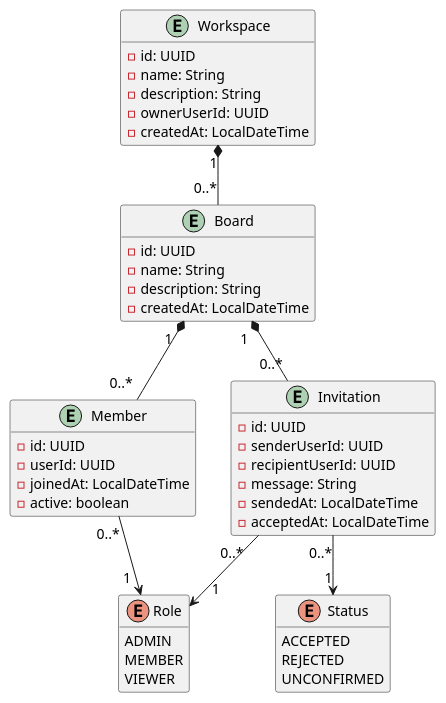
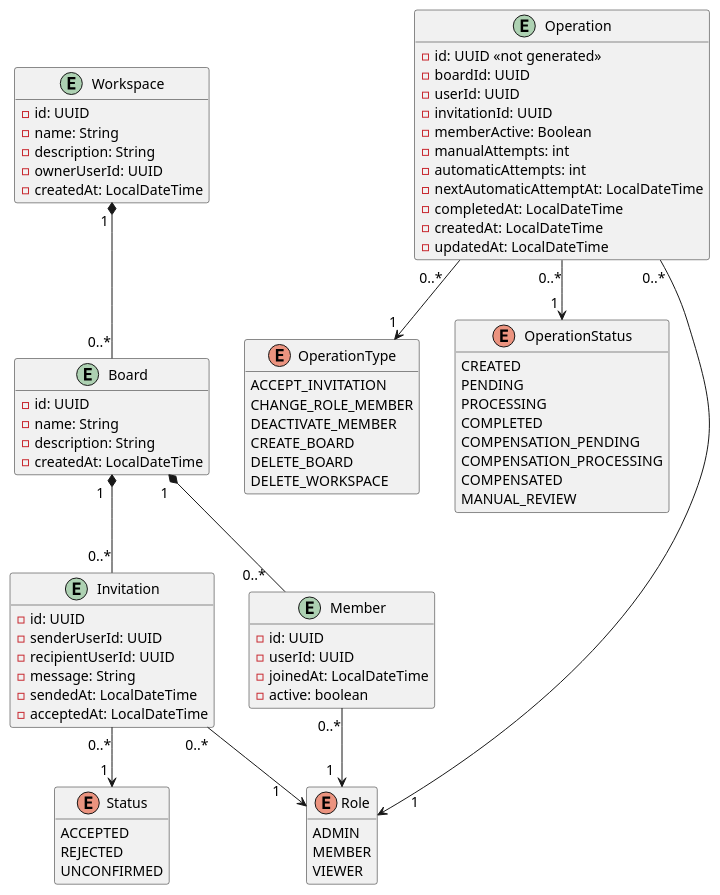
Before and after one commit to ArmandoEnrique1010K/TrelloMicroservices: the diagram in assets/Project_diagram.puml, drawn with PlantUML. The commit also changed 4 other files, not shown here.

```diff
--- a/assets/Project_diagram.puml
+++ b/assets/Project_diagram.puml
@@ -1,55 +1,96 @@
 @startuml Project
 hide methods
 skinparam ArrowFontSize 14
 
 entity Workspace {
     - id: UUID
     - name: String
     - description: String
     - ownerUserId: UUID
     - createdAt: LocalDateTime
 }
 
 entity Board {
     - id: UUID
     - name: String
     - description: String
     - createdAt: LocalDateTime
 }
 
 entity Invitation {
     - id: UUID
     - senderUserId: UUID
     - recipientUserId: UUID
     - message: String
     - sendedAt: LocalDateTime
     - acceptedAt: LocalDateTime
 }
 
 entity Member {
     - id: UUID
     - userId: UUID
     - joinedAt: LocalDateTime
     - active: boolean
 }
 
 enum Role {
     ADMIN
     MEMBER
     VIEWER
 }
 
 enum Status {
     ACCEPTED
     REJECTED
     UNCONFIRMED
 }
 
-Workspace "1" *-- "0..*" Board
-Board " 1  " *-- "0..*  " Member
+entity Operation {
+  - id: UUID <<not generated>>
+  - boardId: UUID
+  - userId: UUID
+  - invitationId: UUID
+  'Se utiliza Boolean para poder establecer el valor "null" aparte de true o false
+  - memberActive: Boolean
+  'Ambos son de tipo entero, no pueden ser null
+  - manualAttempts: int
+  - automaticAttempts: int
+  - nextAutomaticAttemptAt: LocalDateTime
+  - completedAt: LocalDateTime
+  - createdAt: LocalDateTime
+  - updatedAt: LocalDateTime
+}
+
+enum OperationType {
+  ACCEPT_INVITATION
+  CHANGE_ROLE_MEMBER
+  DEACTIVATE_MEMBER
+  CREATE_BOARD
+  DELETE_BOARD
+  DELETE_WORKSPACE
+}
+
+
+enum OperationStatus {
+  CREATED
+  PENDING
+  PROCESSING
+  COMPLETED
+  COMPENSATION_PENDING
+  COMPENSATION_PROCESSING
+  COMPENSATED
+  MANUAL_REVIEW
+}
+
+Workspace "1 " *-- "0..*" Board
+Board " 1  " *-- "0..*   " Member
 Board "1  " *-- "0..*" Invitation
 Member "0..*" --> "1  " Role
-Invitation "0..*  " --> "    1" Role
-Invitation "0..*" --> "1" Status
+Invitation "0..*  " --> "1     " Role
+Invitation "0..*" --> "1 " Status
+
+Operation "0..*   " --> "1 " OperationType
+Operation "0..*" --> "1 " OperationStatus
+Operation "0..*" ----> "       1  " Role
 
 @enduml
```
